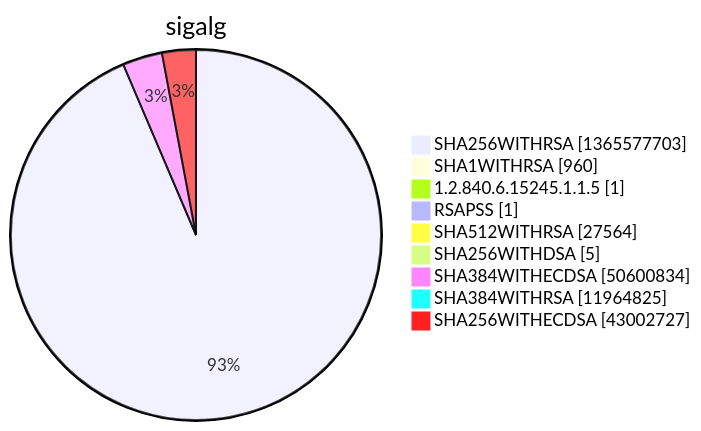
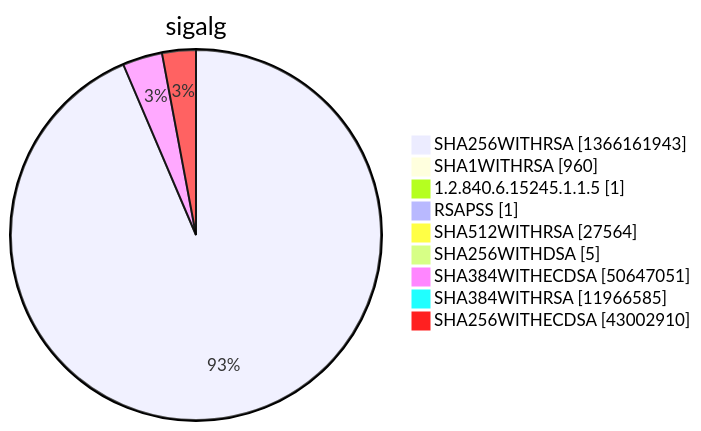
One commit to christiankrug/ctmonitor_visualization changed diagram 15 of 15 in argon2022/README.md. Above: the diagram before and after it, drawn with Mermaid. The commit also changed other lines of this file, not shown here.

````diff
--- a/argon2022/README.md
+++ b/argon2022/README.md
@@ -5524,13 +5524,13 @@
 ```mermaid
 pie showData
 title sigalg
-"SHA256WITHRSA" :1365577703
+"SHA256WITHRSA" :1366161943
 "SHA1WITHRSA" :960
 "1.2.840.6.15245.1.1.5" :1
 "RSAPSS" :1
 "SHA512WITHRSA" :27564
 "SHA256WITHDSA" :5
-"SHA384WITHECDSA" :50600834
-"SHA384WITHRSA" :11964825
-"SHA256WITHECDSA" :43002727
+"SHA384WITHECDSA" :50647051
+"SHA384WITHRSA" :11966585
+"SHA256WITHECDSA" :43002910
 ```
````
